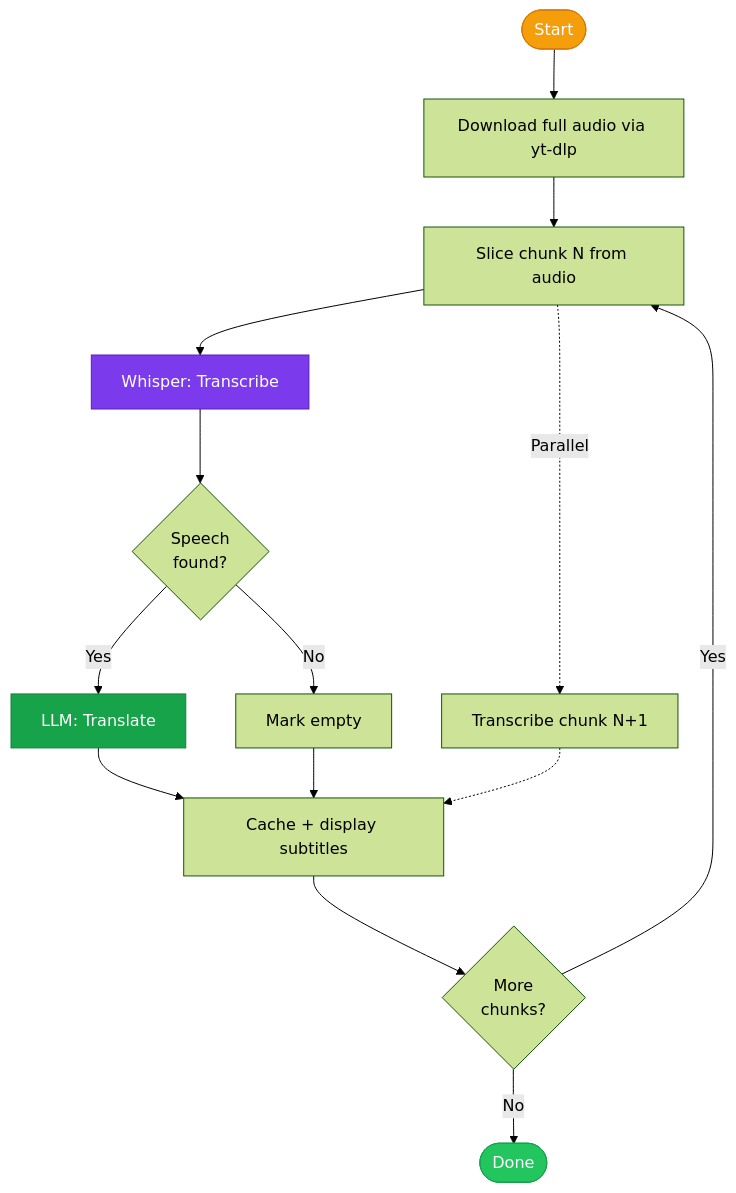
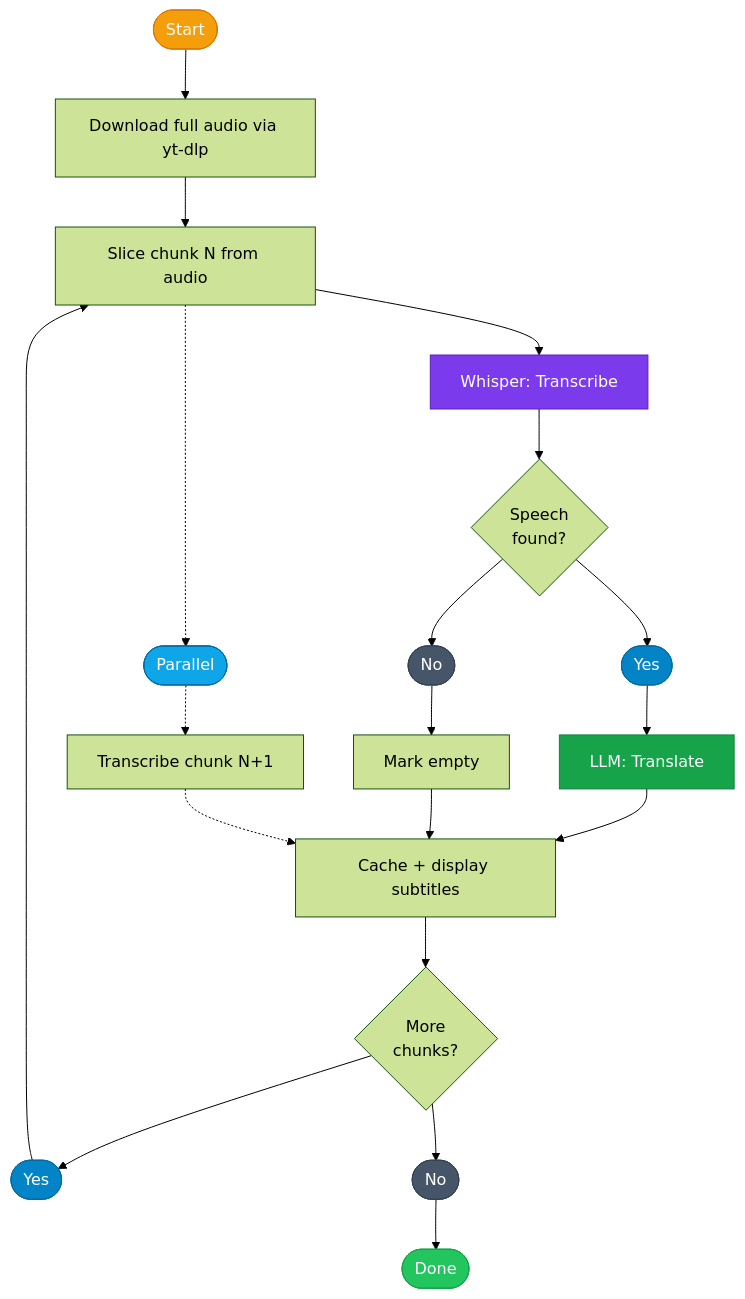
Before and after one commit to jenox645/Yume: the second of 2 diagrams in README.md, drawn with Mermaid (forest theme). The commit also changed other lines of this file, not shown here.

First line of the commit message:
Revise architecture diagram and remove features section

````diff
--- a/README.md
+++ b/README.md
@@ -98,21 +111,36 @@
 ```mermaid
 graph TD
     A([Start]) --> B["Download full audio via yt-dlp"]
     B --> C["Slice chunk N from audio"]
     C --> D["Whisper: Transcribe"]
-    D --> E{"Speech\nfound?"}
-    E -->|Yes| F["LLM: Translate"]
-    E -->|No| G["Mark empty"]
+    D --> E{"Speech<br/>found?"}
+
+    %% DECISION NODES
+    E --> Y([Yes]) --> F["LLM: Translate"]
+    E --> N([No]) --> G["Mark empty"]
+
     F --> H["Cache + display subtitles"]
     G --> H
-    H --> I{"More\nchunks?"}
-    I -->|Yes| C
-    I -->|No| J([Done])
-    C -.->|"Parallel"| K["Transcribe chunk N+1"]
+
+    H --> M{"More<br/>chunks?"}
+
+    M --> Y2([Yes]) --> C
+    M --> N2([No]) --> J([Done])
+
+    %% Parallel node
+    C -.-> P([Parallel]) -.-> K["Transcribe chunk N+1"]
     K -.-> H
 
+    %% Colors (same as original)
     style D fill:#7c3aed,stroke:#5b21b6,color:#fff
     style F fill:#16a34a,stroke:#15803d,color:#fff
     style A fill:#f59e0b,stroke:#d97706,color:#fff
     style J fill:#22c55e,stroke:#16a34a,color:#fff
+
+    %% Decision Nodes (same design)
+    style Y fill:#0284c7,stroke:#0369a1,color:#fff
+    style N fill:#475569,stroke:#334155,color:#fff
+    style Y2 fill:#0284c7,stroke:#0369a1,color:#fff
+    style N2 fill:#475569,stroke:#334155,color:#fff
+    style P fill:#0ea5e9,stroke:#0369a1,color:#fff
 ```
````
